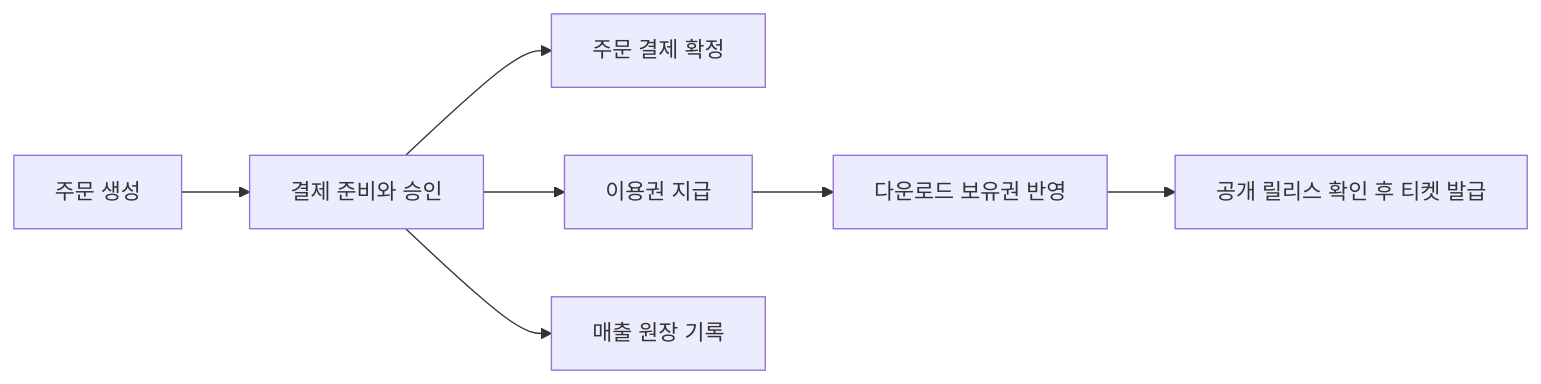
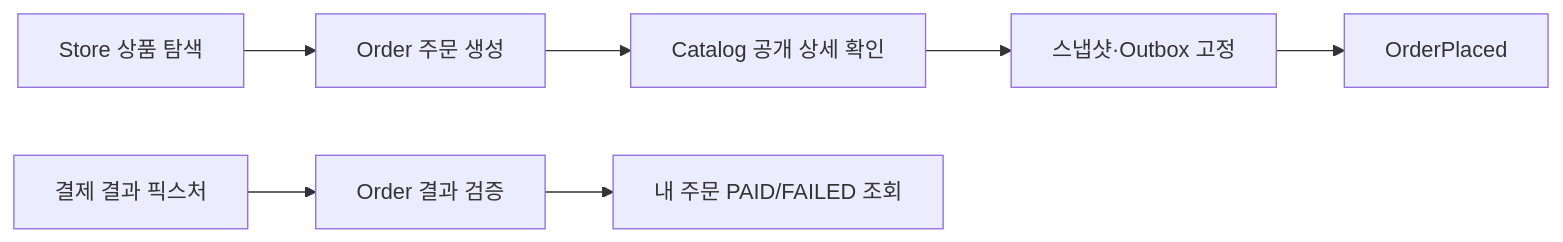
One commit to tlswltjq/esd-platform changed the second of 2 diagrams in docs/domain/workflows.md. Above: the diagram before and after it, drawn with Mermaid. The commit also changed other lines of this file and 133 other files, not shown here.

````diff
--- a/docs/domain/workflows.md
+++ b/docs/domain/workflows.md
@@ -68,9 +68,9 @@
 ```mermaid
 flowchart LR
-    O[주문 생성] --> P[결제 준비와 승인]
-    P --> OP[주문 결제 확정]
-    P --> LI[이용권 지급]
-    P --> SR[매출 원장 기록]
-    LI --> E[다운로드 보유권 반영]
-    E --> T[공개 릴리스 확인 후 티켓 발급]
+    S[Store 상품 탐색] --> O[Order 주문 생성]
+    O --> C[Catalog 공개 상세 확인]
+    C --> F[스냅샷·Outbox 고정]
+    F --> P[OrderPlaced]
+    T[결제 결과 픽스처] --> R[Order 결과 검증]
+    R --> Q[내 주문 PAID/FAILED 조회]
 ```
````
